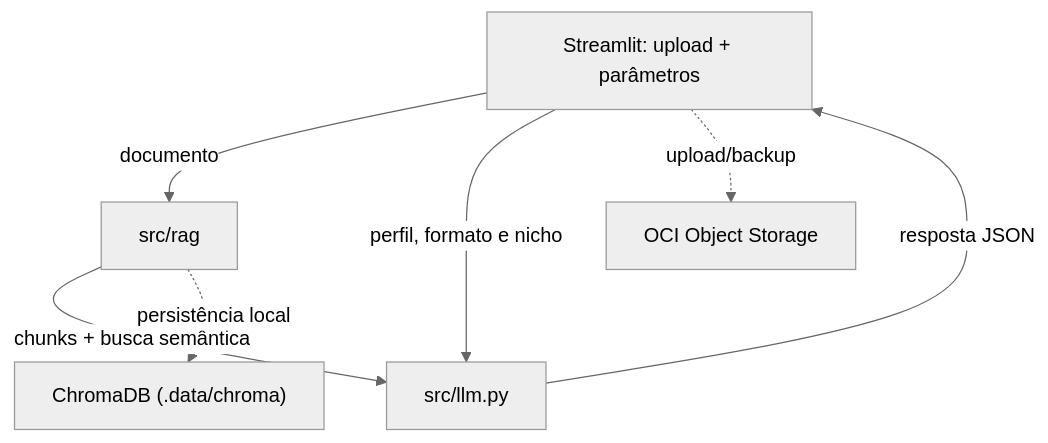
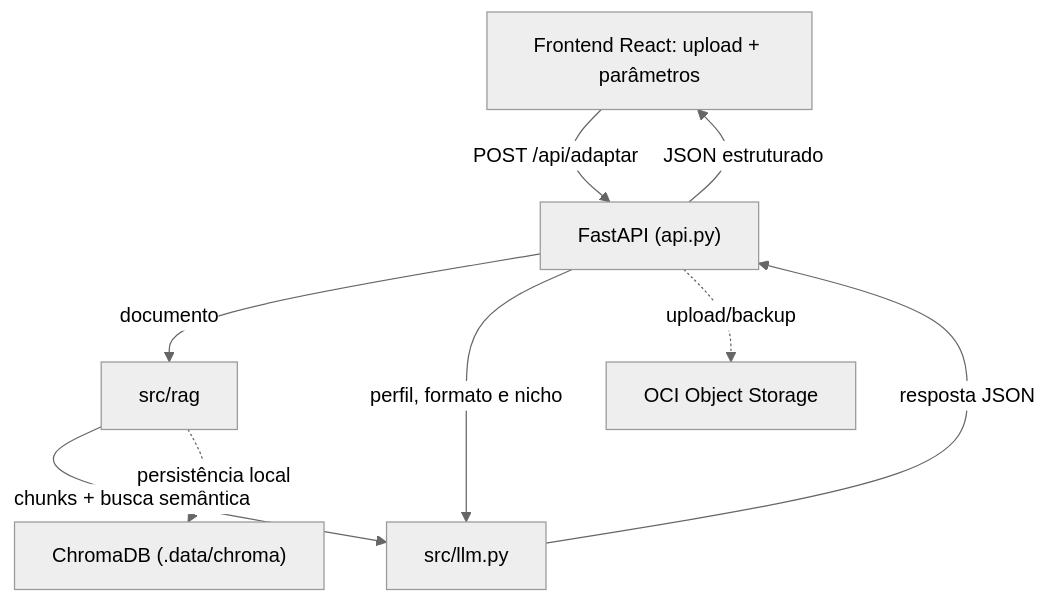
The diagram in README.md (No-Country-simulation/g10_brasil_equipe6_novamente), drawn with Mermaid (neutral theme) before and after one commit. The commit also changed other lines of this file and 10 other files, not shown here.

Commit message:
fix: normaliza JSON de flashcards, remove Streamlit e atualiza stack FastAPI + React

````diff
--- a/README.md
+++ b/README.md
@@ -49,9 +49,11 @@
 ```mermaid
 flowchart TD
-    UI["Streamlit: upload + parâmetros"] -->|documento| RAG["src/rag"]
+    UI["Frontend React: upload + parâmetros"] -->|POST /api/adaptar| API["FastAPI (api.py)"]
+    API -->|documento| RAG["src/rag"]
     RAG -->|chunks + busca semântica| LLM["src/llm.py"]
-    UI -->|perfil, formato e nicho| LLM
-    LLM -->|resposta JSON| UI
+    API -->|perfil, formato e nicho| LLM
+    LLM -->|resposta JSON| API
+    API -->|JSON estruturado| UI
     RAG -.->|persistência local| CHROMA["ChromaDB (.data/chroma)"]
-    UI -.->|upload/backup| OCI["OCI Object Storage"]
+    API -.->|upload/backup| OCI["OCI Object Storage"]
 ```
````
